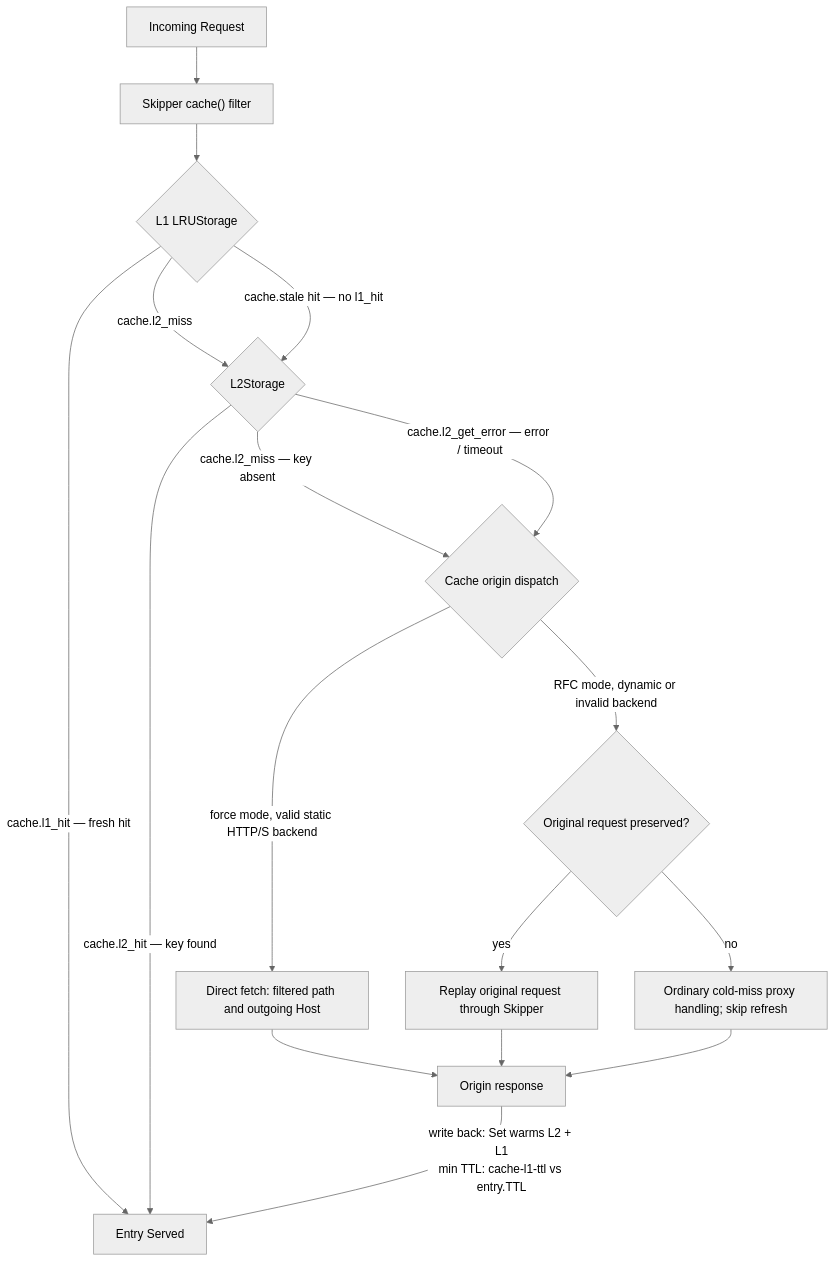
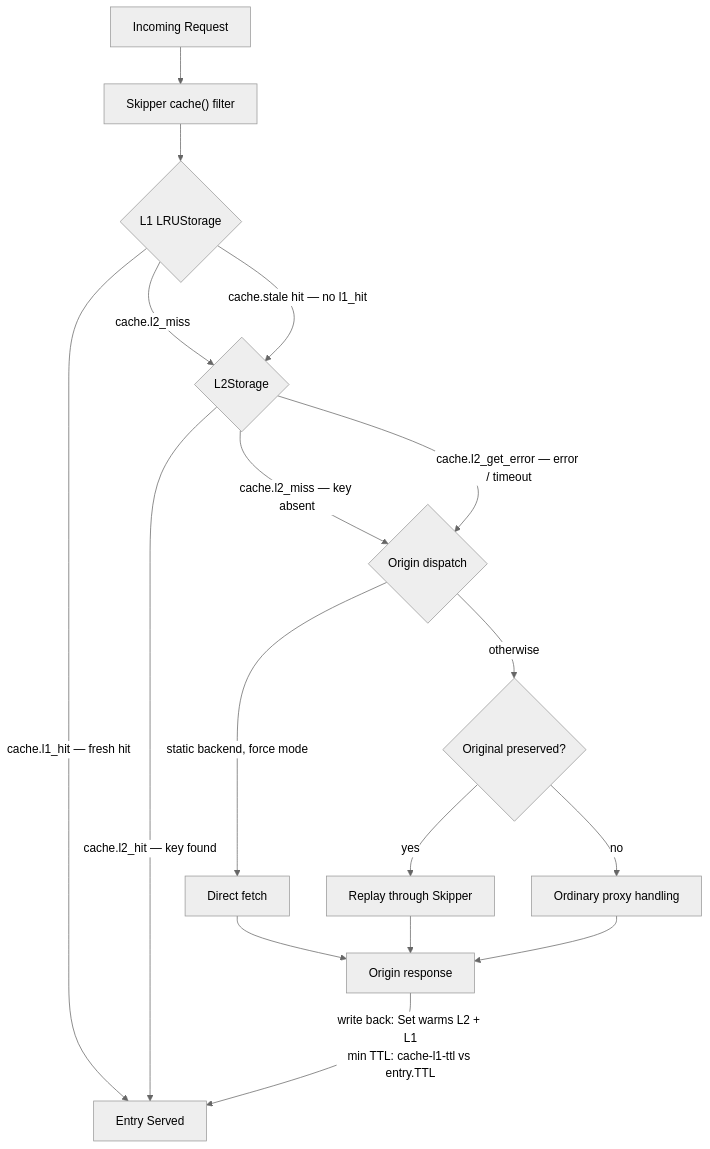
Before and after one commit to zalando/skipper: the diagram in docs/operation/operation.md, drawn with Mermaid (neutral theme).

Commit message:
docs: simplify cache origin dispatch diagram
Shorten the labels and route every non-direct dispatch through the original-request check.

````diff
--- a/docs/operation/operation.md
+++ b/docs/operation/operation.md
@@ -2120,19 +2120,19 @@
 ```mermaid
 flowchart TD
     A[Incoming Request] --> B["Skipper cache() filter"]
     B --> C{L1 LRUStorage}
     C -->|cache.l1_hit — fresh hit| S[Entry Served]
     C -->|cache.l2_miss| D{L2Storage}
     C -->|cache.stale hit — no l1_hit| D
     D -->|cache.l2_hit — key found| S
-    D -->|cache.l2_miss — key absent| E{Cache origin dispatch}
+    D -->|cache.l2_miss — key absent| E{Origin dispatch}
     D -->|cache.l2_get_error — error / timeout| E
-    E -->|force mode, valid static HTTP/S backend| F[Direct fetch: filtered path and outgoing Host]
-    E -->|RFC mode, dynamic or invalid backend| I{Original request preserved?}
-    I -->|yes| G[Replay original request through Skipper]
-    I -->|no| J[Ordinary cold-miss proxy handling; skip refresh]
+    E -->|static backend, force mode| F[Direct fetch]
+    E -->|otherwise| I{Original preserved?}
+    I -->|yes| G[Replay through Skipper]
+    I -->|no| J[Ordinary proxy handling]
     F --> H[Origin response]
     G --> H
     J --> H
     H -->|write back: Set warms L2 + L1<br/>min TTL: cache-l1-ttl vs entry.TTL| S
 ```
````
